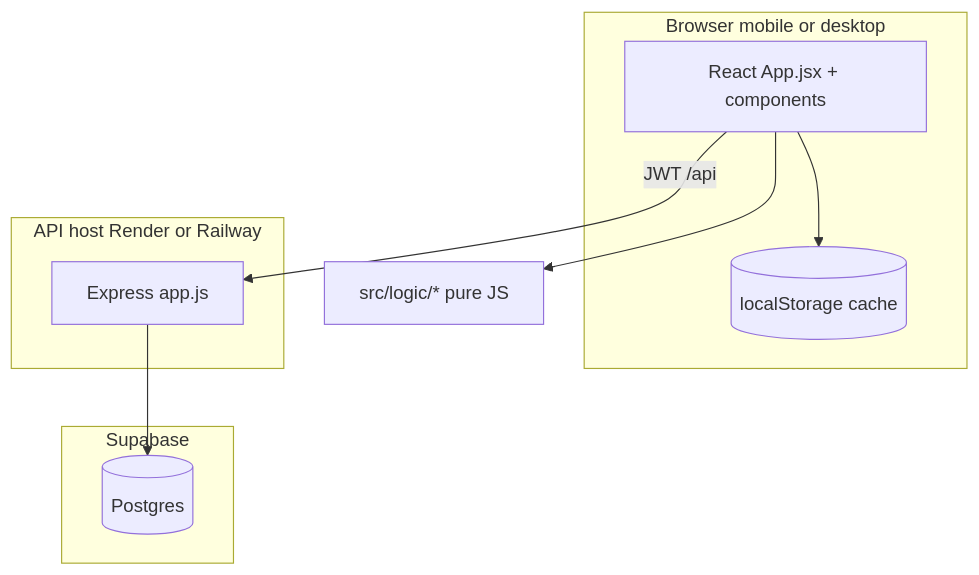
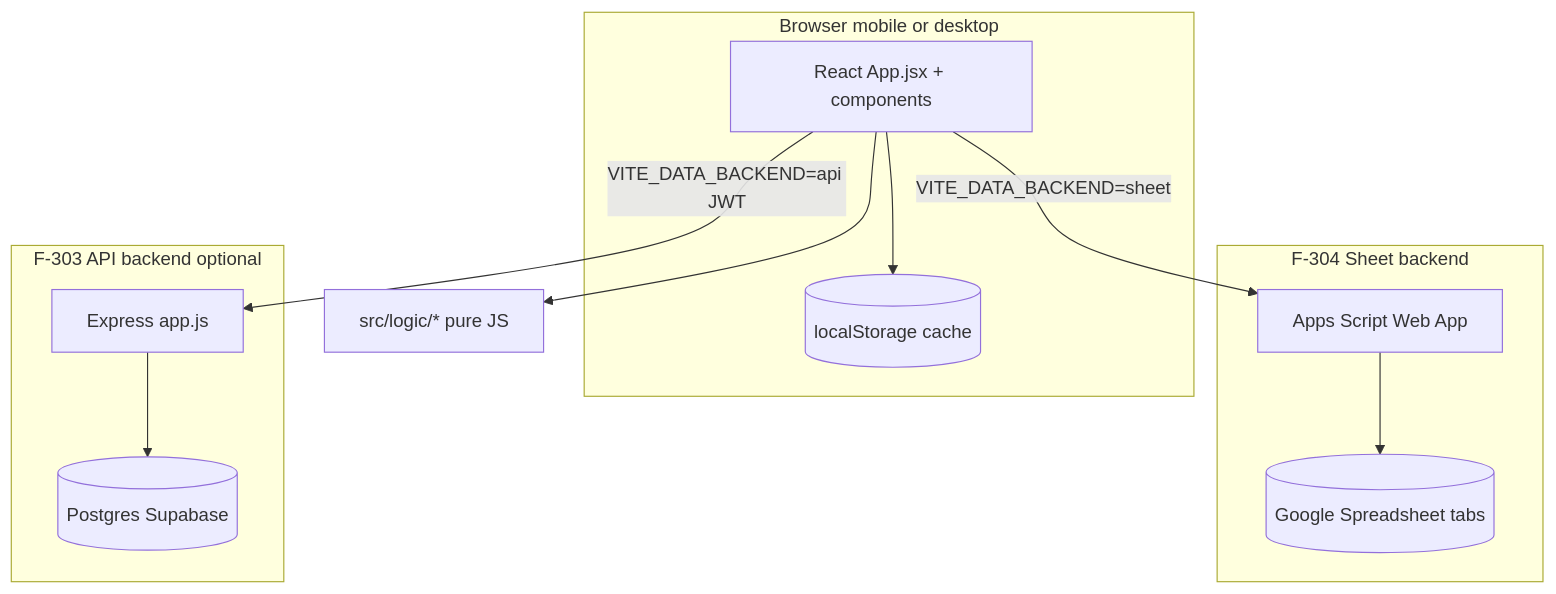
Before and after one commit to anbui1510/lichkhoa-webapp: the diagram in docs/specs/00-ARCHITECTURE.md, drawn with Mermaid. The commit also changed other lines of this file and 31 other files, not shown here.

First line of the commit message:
F-304: Google Sheet backend — tab NhanSu RBAC + bridge

````diff
--- a/docs/specs/00-ARCHITECTURE.md
+++ b/docs/specs/00-ARCHITECTURE.md
@@ -5,18 +5,22 @@
 ```mermaid
 flowchart TB
   subgraph browser [Browser mobile or desktop]
     UI[React App.jsx + components]
     Cache[(localStorage cache)]
     UI --> Cache
   end
-  subgraph apiHost [API host Render or Railway]
+  subgraph sheetPath [F-304 Sheet backend]
+    Bridge[Apps Script Web App]
+    GS[(Google Spreadsheet tabs)]
+    Bridge --> GS
+  end
+  subgraph apiPath [F-303 API backend optional]
     API[Express app.js]
+    PG[(Postgres Supabase)]
+    API --> PG
   end
-  subgraph supabase [Supabase]
-    PG[(Postgres)]
-  end
-  UI -->|"JWT /api"| API
-  API --> PG
   Logic[src/logic/* pure JS]
   UI --> Logic
+  UI -->|VITE_DATA_BACKEND=sheet| Bridge
+  UI -->|VITE_DATA_BACKEND=api JWT| API
 ```
````
